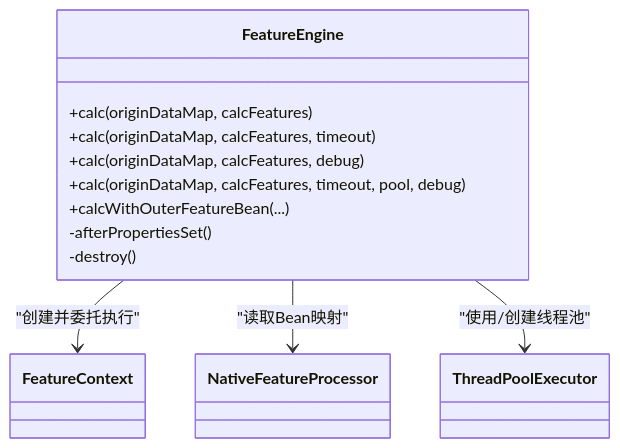
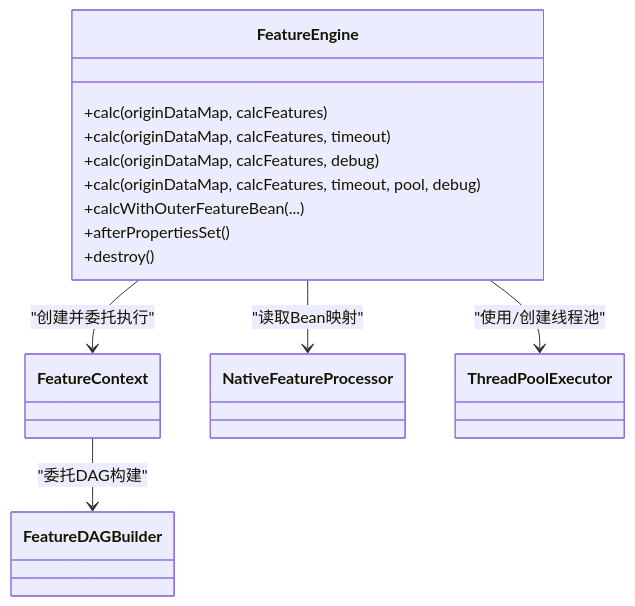
One commit to txzhanghuan/feature changed the third of 10 diagrams in .qoder/repowiki/zh/content/核心架构.md. Above: the diagram before and after it, drawn with Mermaid. The commit also changed other lines of this file and 7 other files, not shown here.

````diff
--- a/.qoder/repowiki/zh/content/核心架构.md
+++ b/.qoder/repowiki/zh/content/核心架构.md
@@ -218,18 +227,20 @@
 ```mermaid
 classDiagram
 class FeatureEngine {
 +calc(originDataMap, calcFeatures)
 +calc(originDataMap, calcFeatures, timeout)
 +calc(originDataMap, calcFeatures, debug)
 +calc(originDataMap, calcFeatures, timeout, pool, debug)
 +calcWithOuterFeatureBean(...)
--afterPropertiesSet()
--destroy()
++afterPropertiesSet()
++destroy()
 }
 class FeatureContext
+class FeatureDAGBuilder
 class NativeFeatureProcessor
 class ThreadPoolExecutor
 FeatureEngine --> FeatureContext : "创建并委托执行"
 FeatureEngine --> NativeFeatureProcessor : "读取Bean映射"
 FeatureEngine --> ThreadPoolExecutor : "使用/创建线程池"
+FeatureContext --> FeatureDAGBuilder : "委托DAG构建"
 ```
````
